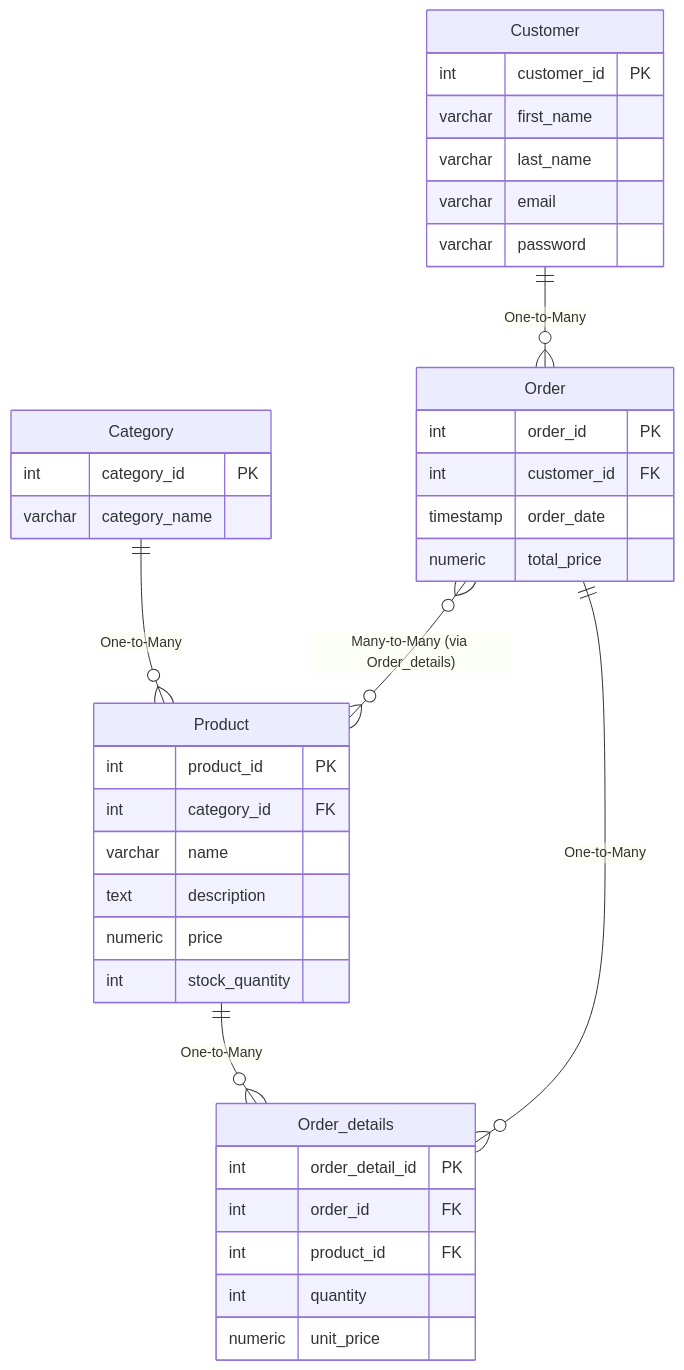
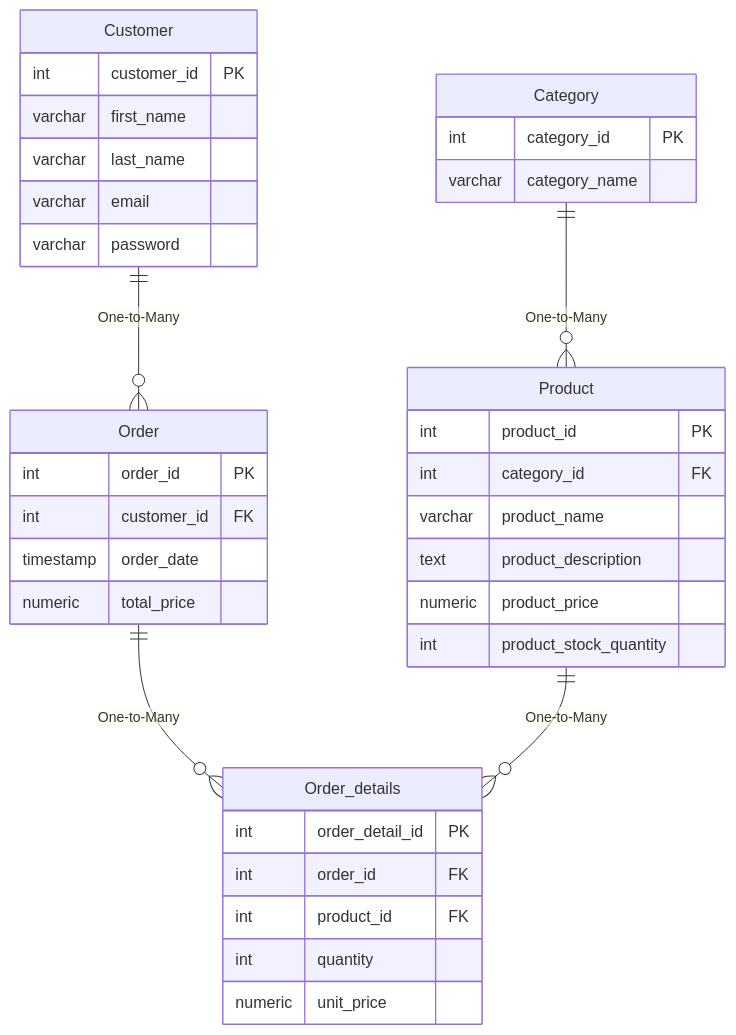
The diagram in README.md (yosefmekkawy/ecommerce-database-design), drawn with Mermaid before and after one commit. The commit also changed other lines of this file, not shown here.

````diff
--- a/README.md
+++ b/README.md
@@ -90,47 +88,45 @@
 ```mermaid
 erDiagram
     Category {
         int category_id PK
         varchar category_name
     }
 
     Product {
         int product_id PK
         int category_id FK
-        varchar name
-        text description
-        numeric price
-        int stock_quantity
+        varchar product_name
+        text product_description
+        numeric product_price
+        int product_stock_quantity
     }
 
     Customer {
         int customer_id PK
         varchar first_name
         varchar last_name
         varchar email
         varchar password
     }
 
     Order {
         int order_id PK
         int customer_id FK
         timestamp order_date
         numeric total_price
     }
 
     Order_details {
         int order_detail_id PK
         int order_id FK
         int product_id FK
         int quantity
         numeric unit_price
     }
 
     Category ||--o{ Product : "One-to-Many"
     Customer ||--o{ Order : "One-to-Many"
     Order ||--o{ Order_details : "One-to-Many"
     Product ||--o{ Order_details : "One-to-Many"
 
-    Order }o--o{ Product : "Many-to-Many (via Order_details)"
-
 ```
````
